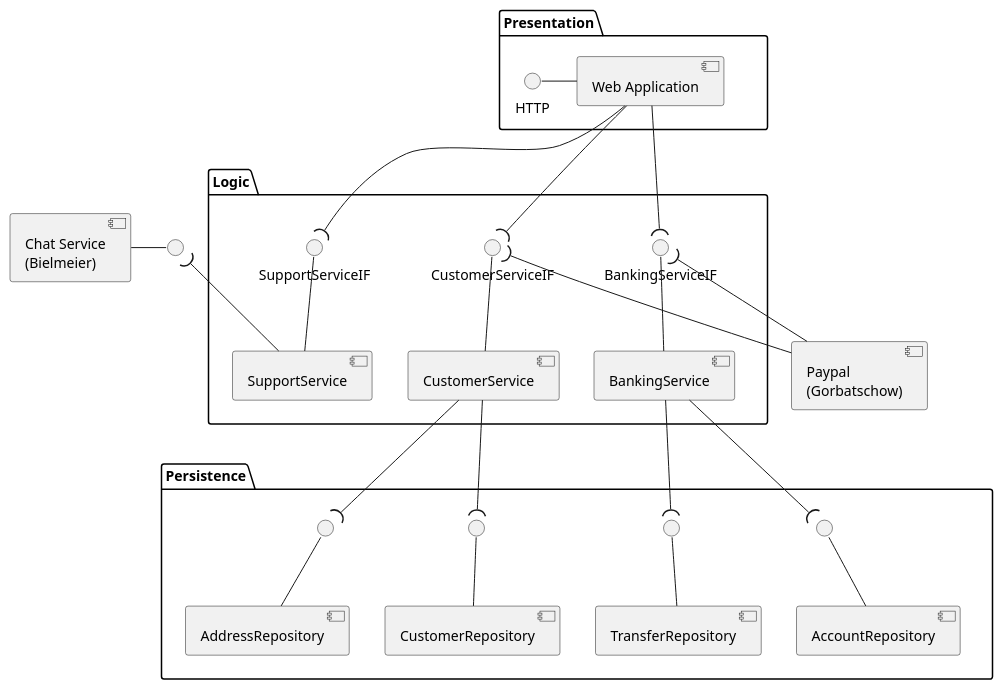
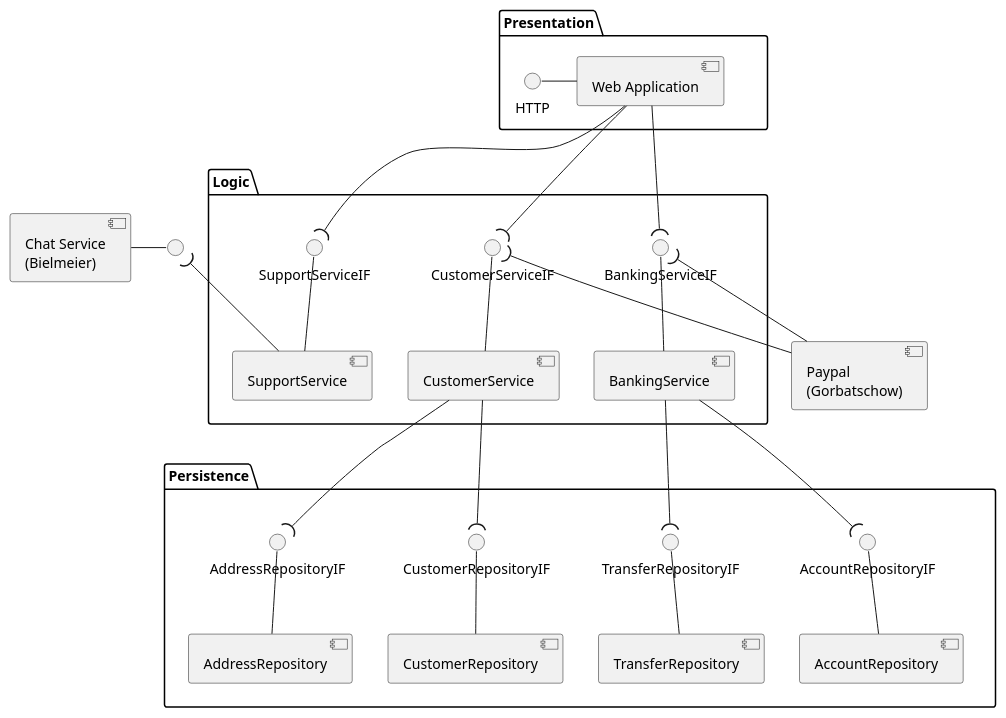
Before and after one commit to SteffBauer/sw_project: the diagram in documentation/diagrams/DiagramComponent_BankingService.puml, drawn with PlantUML.

Commit message:
updated component diagram

```diff
--- a/documentation/diagrams/DiagramComponent_BankingService.puml
+++ b/documentation/diagrams/DiagramComponent_BankingService.puml
@@ -1,72 +1,64 @@
 @startuml
 
 skinparam monochrome true
 
 [Paypal\n(Gorbatschow)] as paypal
 [Chat Service\n(Bielmeier)] as chat
 
 interface " " as IFChat
 chat -right-() IFChat
 
 package "Presentation" as presentation {
   HTTP - [Web Application]
 }
 
 
 package "Logic" as logic {
 
   '[SessionService] -up-() SessionServiceIF
   'SessionServiceIF )-up- [Web Application]
 
   [CustomerService] -up-() CustomerServiceIF
   CustomerServiceIF )-up- [Web Application]
   CustomerServiceIF )-- paypal
 
   [BankingService] -up-() BankingServiceIF
   BankingServiceIF )-- [Web Application]
   BankingServiceIF )-- paypal
 
   [SupportService] -up-() SupportServiceIF
   SupportServiceIF )-up- [Web Application]
   IFChat )-- SupportService
 
   'chat -[hidden]-> [SupportService]
 
 
 
 }
 
 package "Persistence" as persistence {
-  'interface " " as IF1
-  interface " " as IF2
-  interface " " as IF3
-  interface " " as IF4
-  interface " " as IF5
 
-  '[SessionRepository] -up-() IF1
-  'IF1 )-up- [SessionService]
+  [AccountRepository] -up-() AccountRepositoryIF
+  AccountRepositoryIF )-up- [BankingService]
 
-  [AccountRepository] -up-() IF2
-  IF2 )-up- [BankingService]
+  [TransferRepository] -up-() TransferRepositoryIF
+  TransferRepositoryIF )-up- [BankingService]
 
-  [TransferRepository] -up-() IF3
-  IF3 )-up- [BankingService]
+  [CustomerRepository] -up-() CustomerRepositoryIF
+  CustomerRepositoryIF )-up- [CustomerService]
 
-  [CustomerRepository] -up-() IF4
-  IF4 )-up- [CustomerService]
-
-  [AddressRepository] -up-() IF5
-  IF5 )-up- [CustomerService]
+  [AddressRepository] -up-() AddressRepositoryIF
+  AddressRepositoryIF )-up- [CustomerService]
 }
 
 presentation -[hidden]-> logic
 presentation -[hidden]-> persistence
 logic -[hidden]-> persistence
 
 logic -[hidden]> chat
 paypal -[hidden]> logic
 
 
 
 
 @enduml
```
